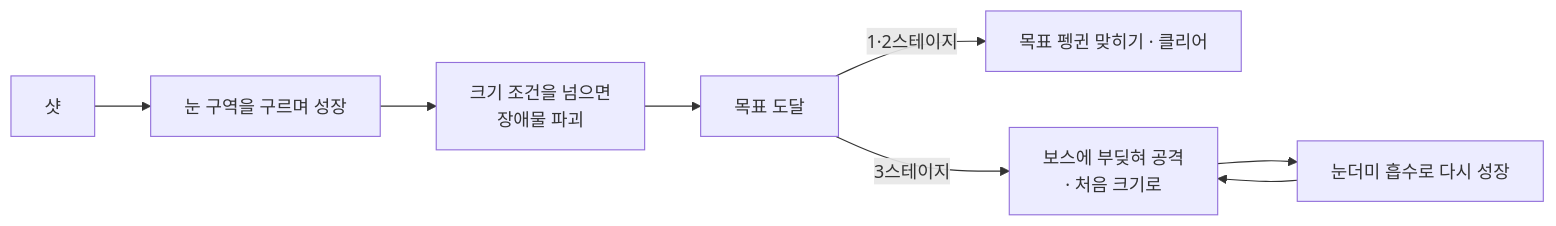
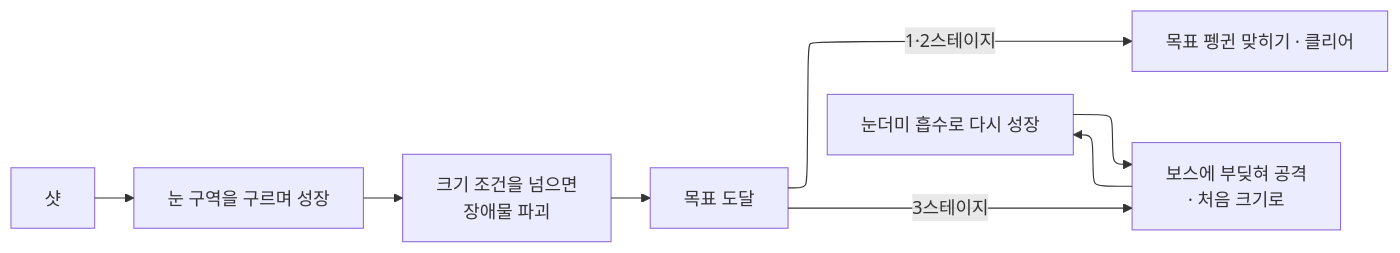
One commit to Lets-Gitit/portfolio changed the first of 4 diagrams in src/4-snowball-golf/기술문서.md. Above: the diagram before and after it, drawn with Mermaid. The commit also changed other lines of this file, not shown here.

Commit message:
elk 적용

````diff
--- a/src/4-snowball-golf/기술문서.md
+++ b/src/4-snowball-golf/기술문서.md
@@ -53,10 +53,14 @@
 ```mermaid
+---
+config:
+  layout: elk
+---
 flowchart LR
     A["샷"] --> B["눈 구역을 구르며 성장"]
     B --> C["크기 조건을 넘으면<br/>장애물 파괴"]
     C --> D["목표 도달"]
     D -->|"1·2스테이지"| E["목표 펭귄 맞히기 · 클리어"]
     D -->|"3스테이지"| F["보스에 부딪혀 공격<br/>· 처음 크기로"]
     F --> G["눈더미 흡수로 다시 성장"]
     G --> F
 ```
````
